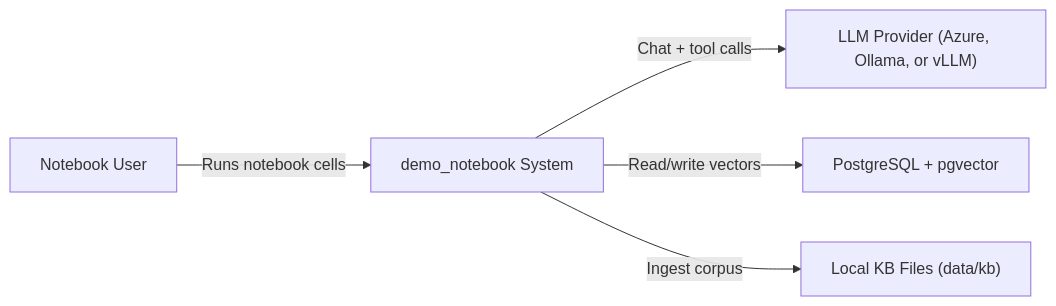
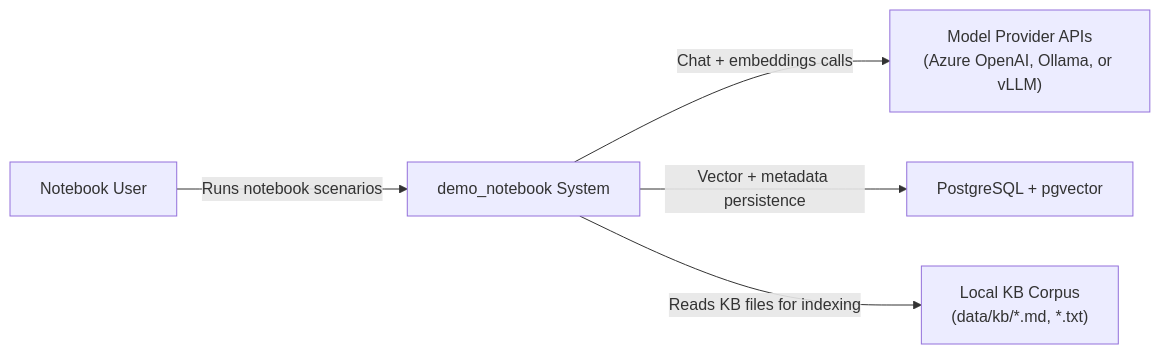
One commit to browntitan/rag_agent changed the first of 4 diagrams in demo_notebook/docs/C4_ARCHITECTURE.md. Above: the diagram before and after it, drawn with Mermaid. The commit also changed other lines of this file and 2 other files, not shown here.

````diff
--- a/demo_notebook/docs/C4_ARCHITECTURE.md
+++ b/demo_notebook/docs/C4_ARCHITECTURE.md
@@ -7,13 +7,13 @@
 ```mermaid
 flowchart LR
     U["Notebook User"]
     NB["demo_notebook System"]
-    LLM["LLM Provider (Azure, Ollama, or vLLM)"]
+    LLM["Model Provider APIs\n(Azure OpenAI, Ollama, or vLLM)"]
     PG["PostgreSQL + pgvector"]
-    KB["Local KB Files (data/kb)"]
+    KB["Local KB Corpus\n(data/kb/*.md, *.txt)"]
 
-    U -->|"Runs notebook cells"| NB
-    NB -->|"Chat + tool calls"| LLM
-    NB -->|"Read/write vectors"| PG
-    NB -->|"Ingest corpus"| KB
+    U -->|"Runs notebook scenarios"| NB
+    NB -->|"Chat + embeddings calls"| LLM
+    NB -->|"Vector + metadata persistence"| PG
+    NB -->|"Reads KB files for indexing"| KB
 ```
````
